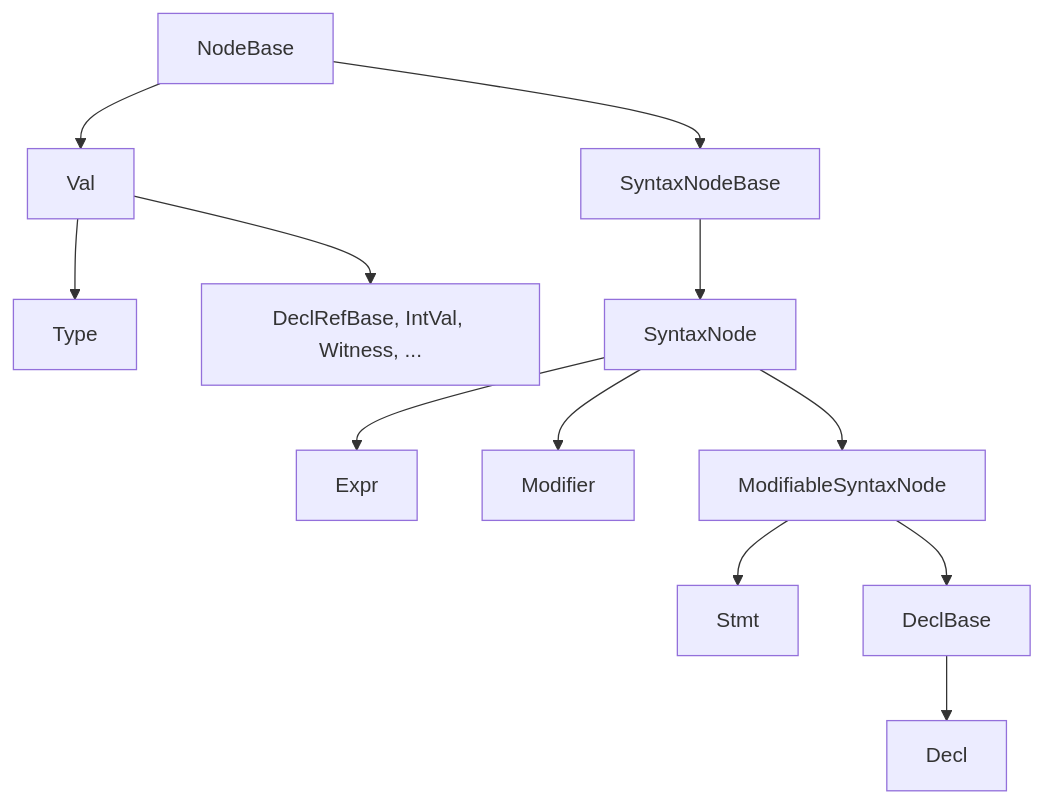
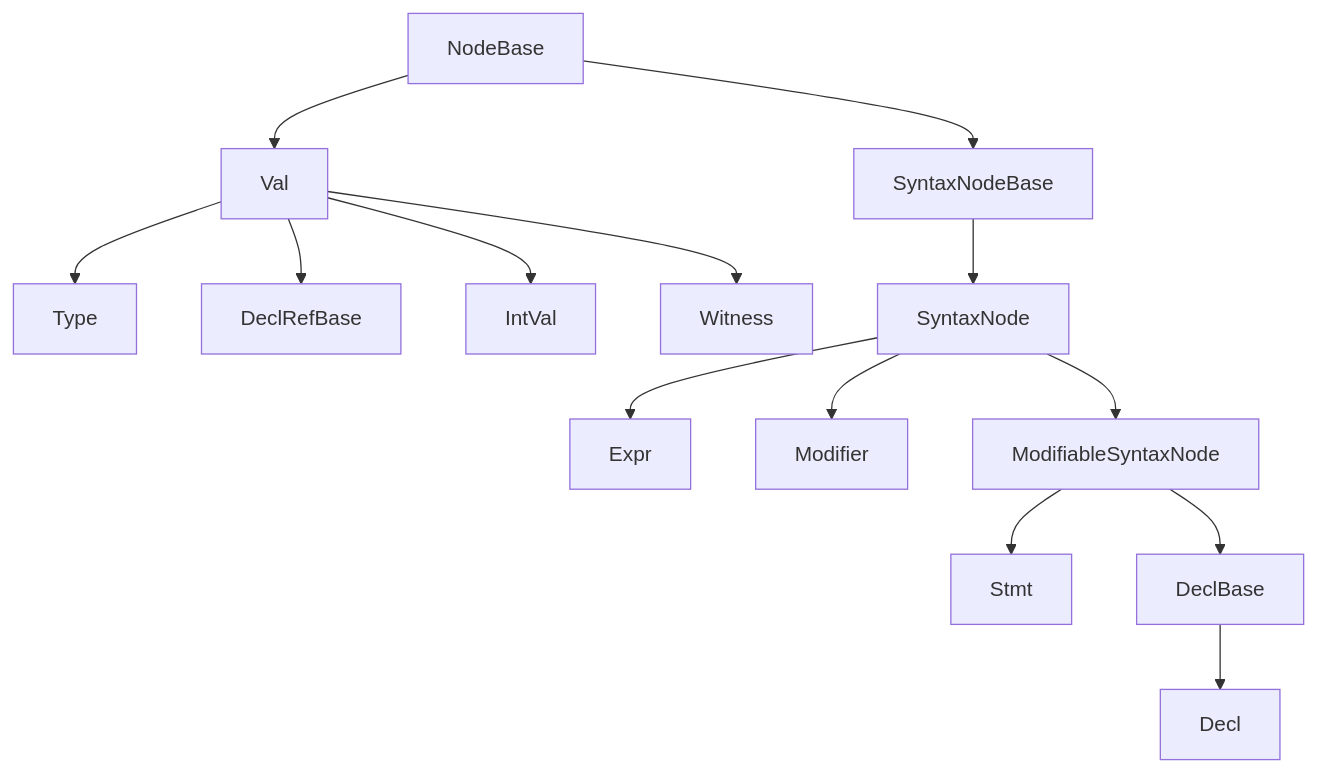
One commit to shader-slang/slang changed the diagram in docs/llm-generated/ast-reference/index.md. Above: the diagram before and after it, drawn with Mermaid. The commit also changed 93 other files, not shown here.

````diff
--- a/docs/llm-generated/ast-reference/index.md
+++ b/docs/llm-generated/ast-reference/index.md
@@ -35,14 +35,16 @@
 ```mermaid
 flowchart TD
   NodeBase --> SyntaxNodeBase
   NodeBase --> Val
   Val --> Type
-  Val --> NonTypeVal["DeclRefBase, IntVal, Witness, ..."]
+  Val --> DeclRefBase
+  Val --> IntVal
+  Val --> Witness
   SyntaxNodeBase --> SyntaxNode
   SyntaxNode --> Expr
   SyntaxNode --> Modifier
   SyntaxNode --> ModifiableSyntaxNode
   ModifiableSyntaxNode --> Stmt
   ModifiableSyntaxNode --> DeclBase
   DeclBase --> Decl
 ```
````
